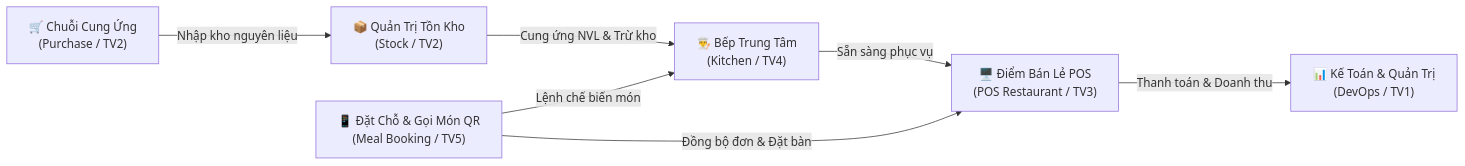
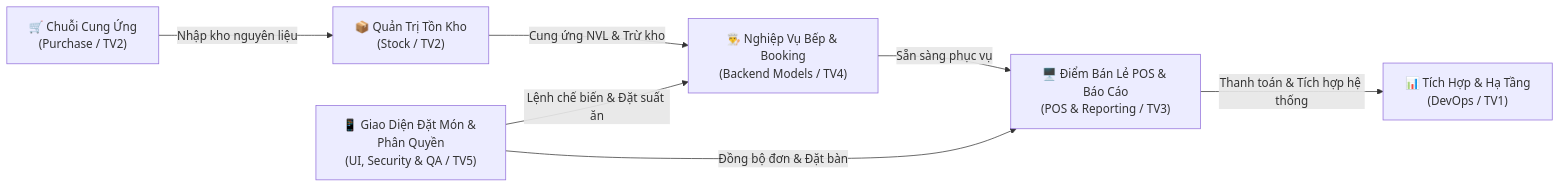
Before and after one commit to ThinhNguyen2005/uth-canteen-erp: the first of 2 diagrams in README.md, drawn with Mermaid. The commit also changed other lines of this file and 3 other files, not shown here.

````diff
--- a/README.md
+++ b/README.md
@@ -35,9 +35,9 @@
 ```mermaid
 flowchart LR
     A["🛒 Chuỗi Cung Ứng<br/>(Purchase / TV2)"] -->|"Nhập kho nguyên liệu"| B["📦 Quản Trị Tồn Kho<br/>(Stock / TV2)"]
-    B -->|"Cung ứng NVL & Trừ kho"| C["👨‍🍳 Bếp Trung Tâm<br/>(Kitchen / TV4)"]
-    C -->|"Sẵn sàng phục vụ"| D["🖥️ Điểm Bán Lẻ POS<br/>(POS Restaurant / TV3)"]
-    E["📱 Đặt Chỗ & Gọi Món QR<br/>(Meal Booking / TV5)"] -->|"Đồng bộ đơn & Đặt bàn"| D
-    E -->|"Lệnh chế biến món"| C
-    D -->|"Thanh toán & Doanh thu"| F["📊 Kế Toán & Quản Trị<br/>(DevOps / TV1)"]
+    B -->|"Cung ứng NVL & Trừ kho"| C["👨‍🍳 Nghiệp Vụ Bếp & Booking<br/>(Backend Models / TV4)"]
+    C -->|"Sẵn sàng phục vụ"| D["🖥️ Điểm Bán Lẻ POS & Báo Cáo<br/>(POS & Reporting / TV3)"]
+    E["📱 Giao Diện Đặt Món & Phân Quyền<br/>(UI, Security & QA / TV5)"] -->|"Đồng bộ đơn & Đặt bàn"| D
+    E -->|"Lệnh chế biến & Đặt suất ăn"| C
+    D -->|"Thanh toán & Tích hợp hệ thống"| F["📊 Tích Hợp & Hạ Tầng<br/>(DevOps / TV1)"]
 ```
````
